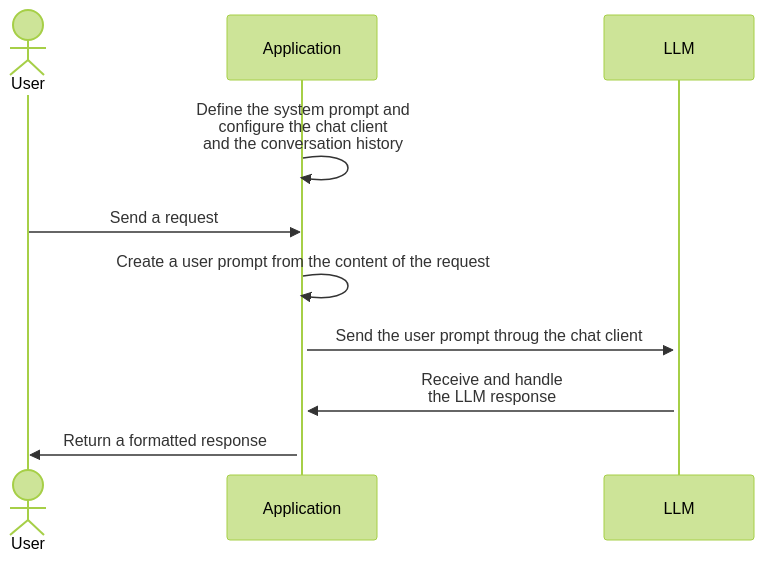
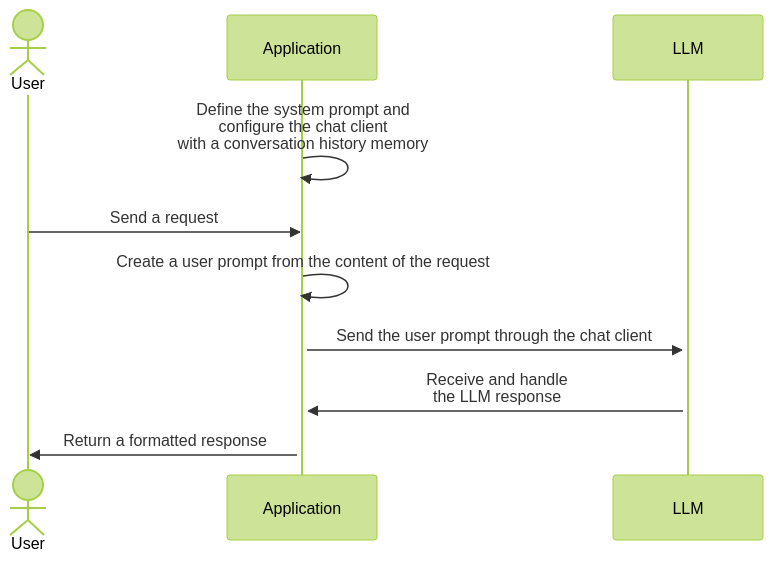
The diagram in poc00/README.md (righettod/poc-llm), drawn with Mermaid (forest theme) before and after one commit.

````diff
--- a/poc00/README.md
+++ b/poc00/README.md
@@ -7,12 +7,12 @@
 ```mermaid
 sequenceDiagram
     actor U as User
     participant A as Application
     participant L as LLM
-    A->>A: Define the system prompt and<br/>configure the chat client<br/>and the conversation history
+    A->>A: Define the system prompt and<br/>configure the chat client<br/>with a conversation history memory
     U->>A: Send a request
     A->>+A: Create a user prompt from the content of the request
-    A->>+L: Send the user prompt throug the chat client
+    A->>+L: Send the user prompt through the chat client
     L->>+A: Receive and handle<br/>the LLM response
     A->>U: Return a formatted response
 ```
````
